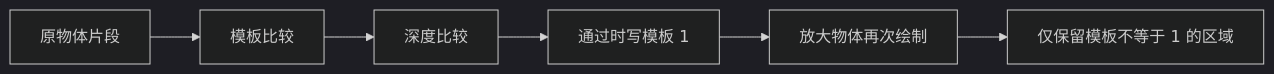
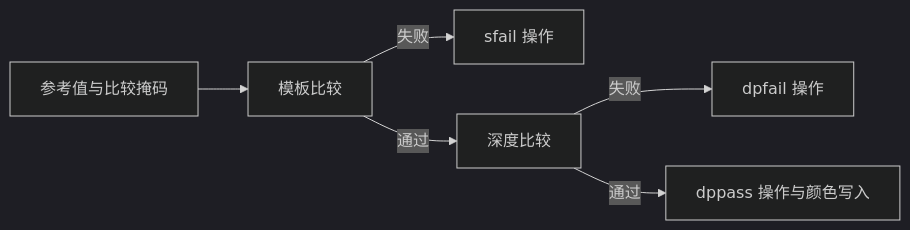
Before and after one commit to with-fair-wind/OpenGL: the diagram in docs/04_advanced_opengl/02_stencil_testing.md, drawn with Mermaid (dark theme). The commit also changed other lines of this file and 107 other files, not shown here.

````diff
--- a/docs/04_advanced_opengl/02_stencil_testing.md
+++ b/docs/04_advanced_opengl/02_stencil_testing.md
@@ -14,8 +19,8 @@
 ```mermaid
 flowchart LR
-    A[原物体片段] --> B[模板比较]
-    B --> C[深度比较]
-    C --> D[通过时写模板 1]
-    D --> E[放大物体再次绘制]
-    E --> F[仅保留模板不等于 1 的区域]
+    A[参考值与比较掩码] --> B[模板比较]
+    B -->|失败| C[sfail 操作]
+    B -->|通过| D[深度比较]
+    D -->|失败| E[dpfail 操作]
+    D -->|通过| F[dppass 操作与颜色写入]
 ```
````
